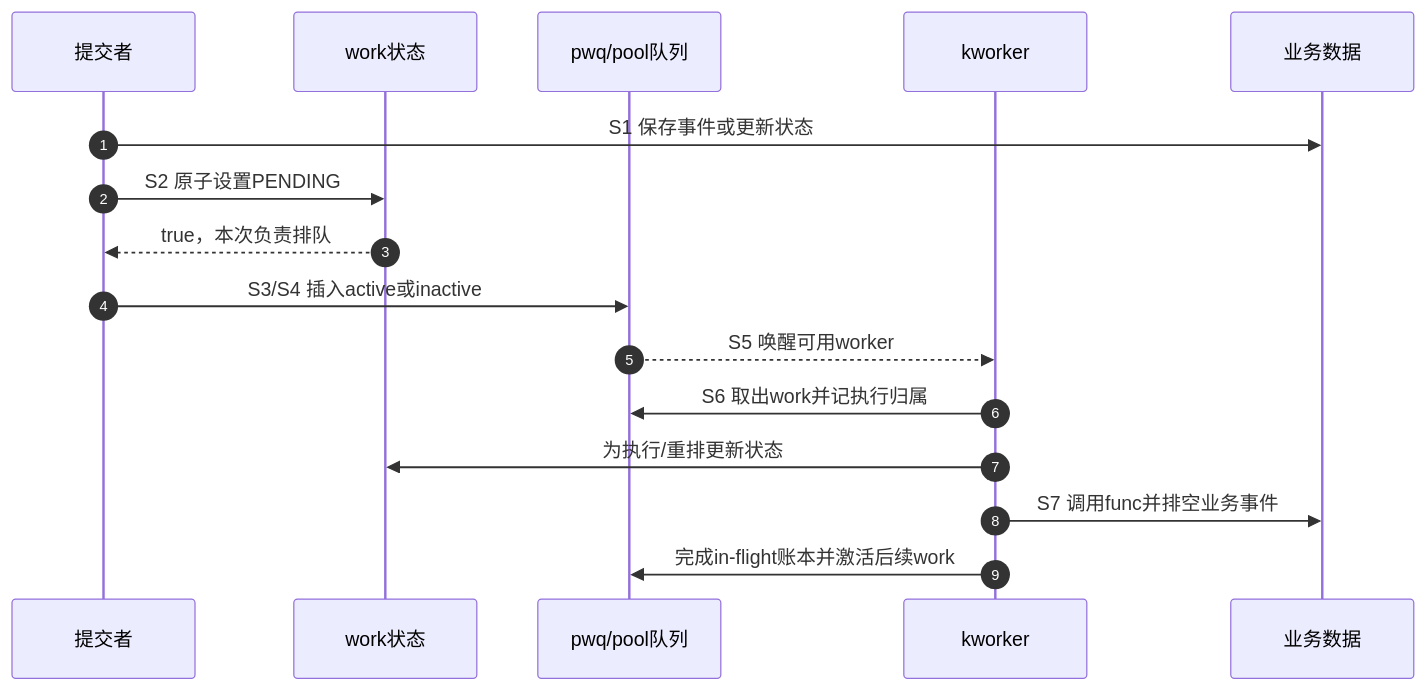
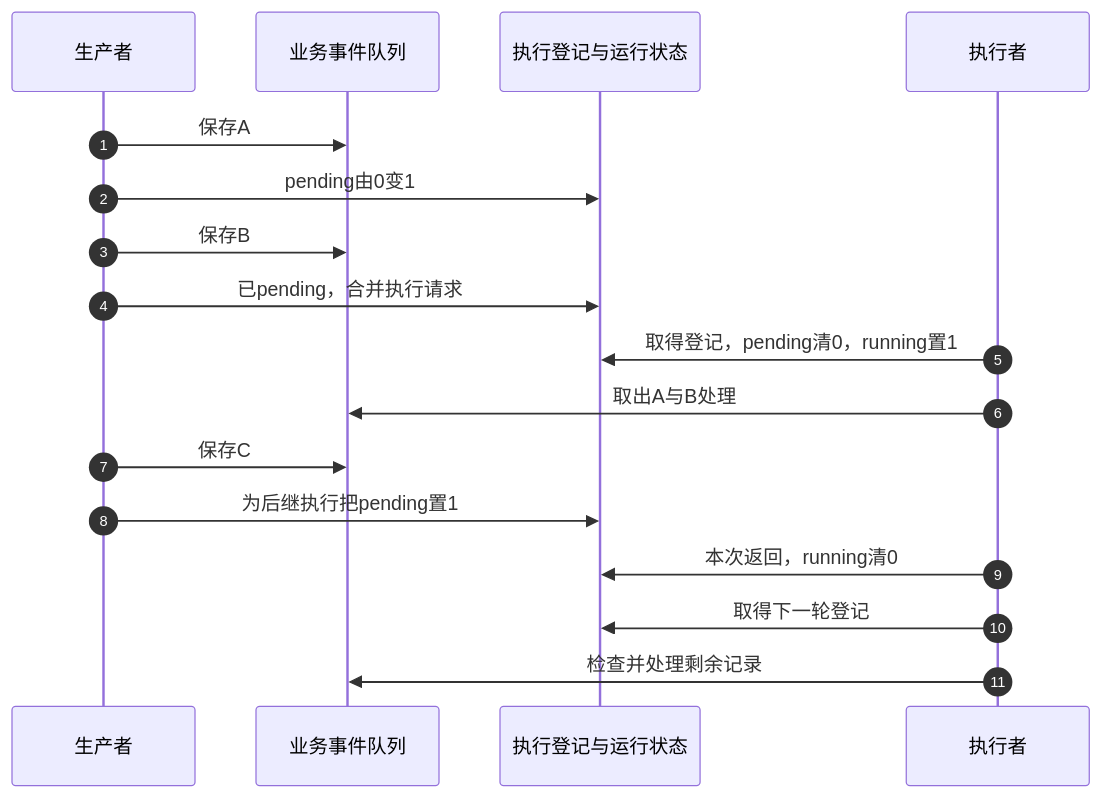
One commit to FormingSystem/linux_note changed the second of 2 diagrams in knowledge/linux/synchronization_and_asynchrony/asynchrony/workqueue/P02_异步执行的抽象状态机.md. Above: the diagram before and after it, drawn with Mermaid. The commit also changed other lines of this file and 10 other files, not shown here.

````diff
--- a/knowledge/linux/synchronization_and_asynchrony/asynchrony/workqueue/P02_异步执行的抽象状态机.md
+++ b/knowledge/linux/synchronization_and_asynchrony/asynchrony/workqueue/P02_异步执行的抽象状态机.md
@@ -57,19 +41,19 @@
 ```mermaid
 sequenceDiagram
     autonumber
-    participant P as 提交者
-    participant W as work状态
-    participant Q as pwq/pool队列
-    participant K as kworker
-    participant D as 业务数据
-
-    P->>D: S1 保存事件或更新状态
-    P->>W: S2 原子设置PENDING
-    W-->>P: true，本次负责排队
-    P->>Q: S3/S4 插入active或inactive
-    Q-->>K: S5 唤醒可用worker
-    K->>Q: S6 取出work并记执行归属
-    K->>W: 为执行/重排更新状态
-    K->>D: S7 调用func并排空业务事件
-    K->>Q: 完成in-flight账本并激活后续work
+    participant P as 生产者
+    participant E as 业务事件队列
+    participant D as 执行登记与运行状态
+    participant K as 执行者
+    P->>E: 保存A
+    P->>D: pending由0变1
+    P->>E: 保存B
+    P->>D: 已pending，合并执行请求
+    K->>D: 取得登记，pending清0，running置1
+    K->>E: 取出A与B处理
+    P->>E: 保存C
+    P->>D: 为后继执行把pending置1
+    K->>D: 本次返回，running清0
+    K->>D: 取得下一轮登记
+    K->>E: 检查并处理剩余记录
 ```
````
